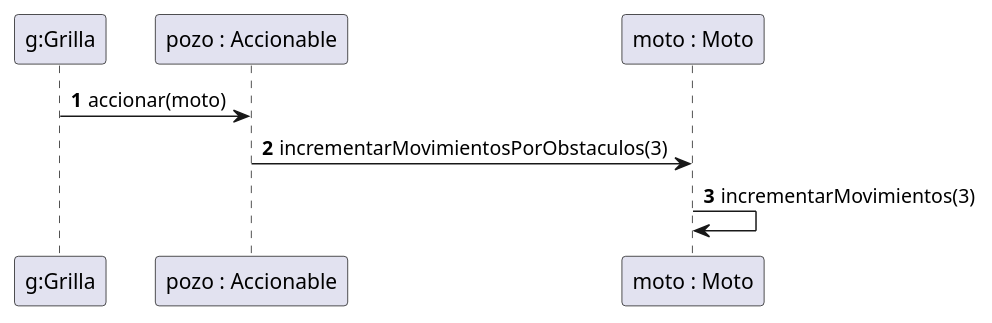
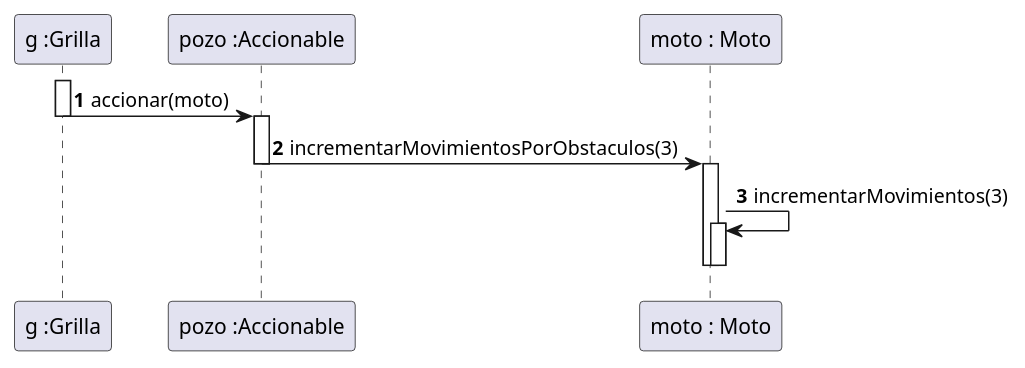
Before and after one commit to kikiymini/algo3_tp2: the diagram in Entrega1/DiagramaDeSecuencias/motoSeEncuentraConUnPozo.puml, drawn with PlantUML. The commit also changed 4 other files, not shown here.

```diff
--- a/Entrega1/DiagramaDeSecuencias/motoSeEncuentraConUnPozo.puml
+++ b/Entrega1/DiagramaDeSecuencias/motoSeEncuentraConUnPozo.puml
@@ -1,10 +1,22 @@
 @startuml
 'https://plantuml.com/sequence-diagram
 
+participant "g :Grilla" as grilla
+participant "pozo :Accionable" as pozo
+participant "moto : Moto" as moto
+
 autonumber
 
-"g:Grilla" -> "pozo : Accionable" : accionar(moto)
-"pozo : Accionable" -> "moto : Moto" : incrementarMovimientosPorObstaculos(3)
-"moto : Moto" -> "moto : Moto" : incrementarMovimientos(3)
+activate grilla
+grilla ->  pozo : accionar(moto)
+deactivate grilla
+activate pozo
+pozo -> moto : incrementarMovimientosPorObstaculos(3)
+deactivate pozo
+activate moto
+moto -> moto : incrementarMovimientos(3)
+activate moto
+deactivate moto
+deactivate moto
 
 @enduml
```
